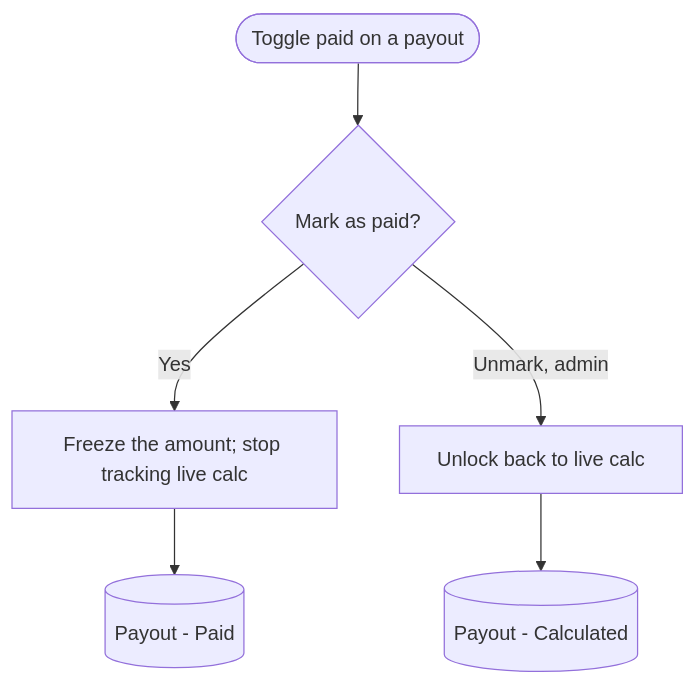
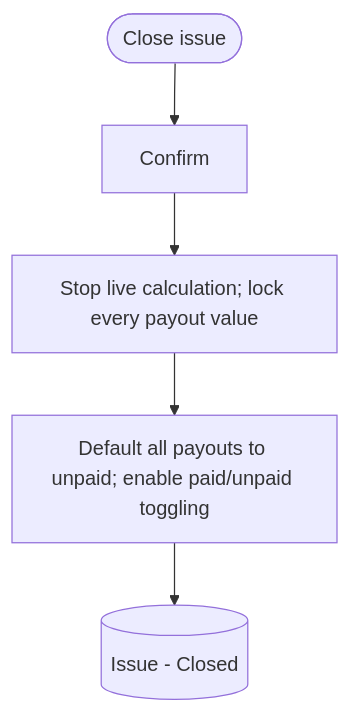
Before and after one commit to uwblueprint/beach-metro: the eighth of 10 diagrams in docs/finances_flow_v1.md, drawn with Mermaid. The commit also changed other lines of this file, not shown here.

````diff
--- a/docs/finances_flow_v1.md
+++ b/docs/finances_flow_v1.md
@@ -131,8 +152,7 @@
 ```mermaid
 flowchart TD
-    Start([Toggle paid on a payout]) --> Confirm{Mark as paid?}
-    Confirm -->|Yes| Lock[Freeze the amount; stop tracking live calc]
-    Lock --> Paid[(Payout - Paid)]
-    Confirm -->|Unmark, admin| Unlock[Unlock back to live calc]
-    Unlock --> Calc[(Payout - Calculated)]
+    Start([Close issue]) --> Confirm[Confirm]
+    Confirm --> Stop[Stop live calculation; lock every payout value]
+    Stop --> Unpaid[Default all payouts to unpaid; enable paid/unpaid toggling]
+    Unpaid --> Closed[(Issue - Closed)]
 ```
````
